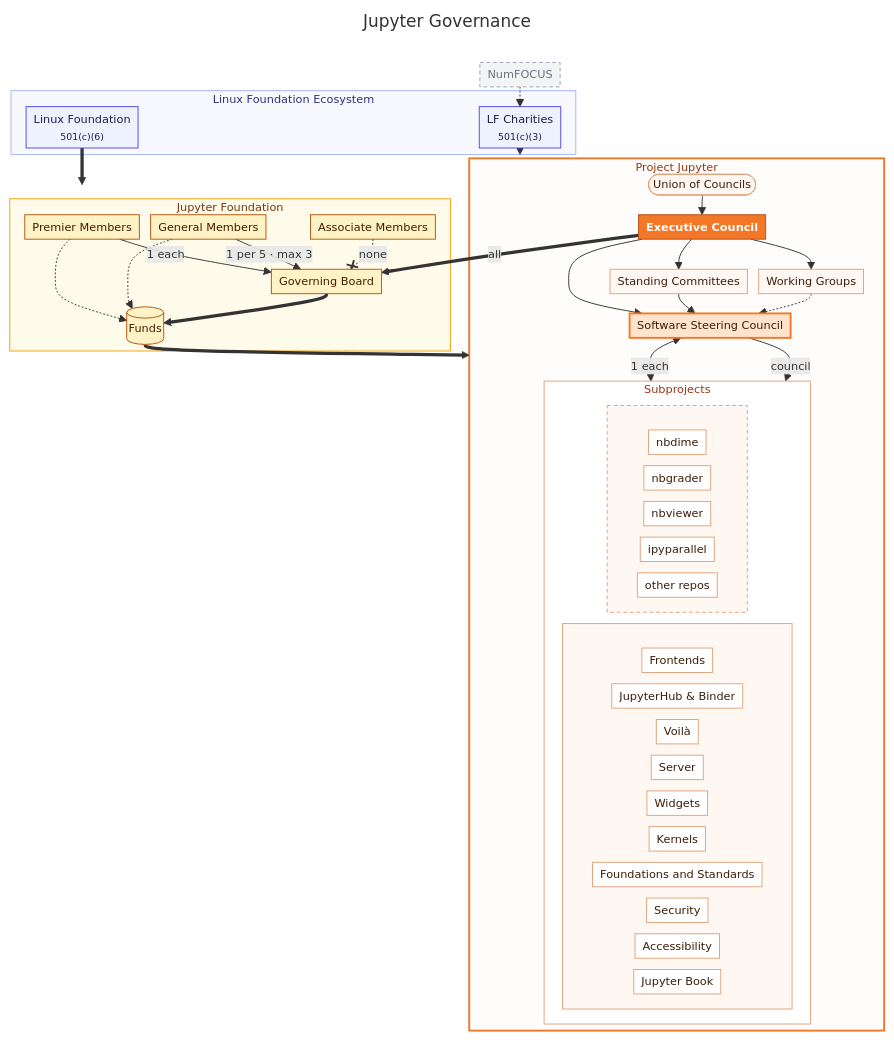
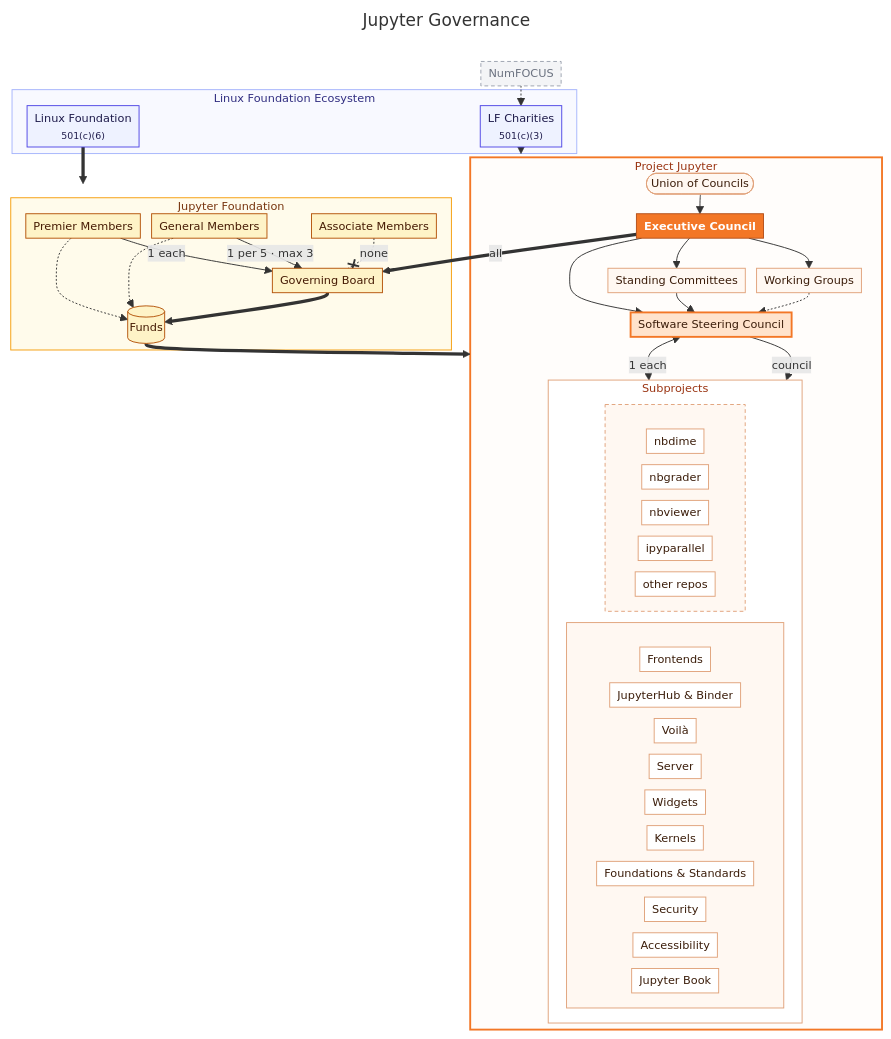
One commit to jupyter/governance changed the diagram in docs/overview.md. Above: the diagram before and after it, drawn with Mermaid.

Commit message:
Collapse and to "&"

```diff
--- a/docs/overview.md
+++ b/docs/overview.md
@@ -55,7 +55,7 @@
         A4["Server"]
         A5["Widgets"]
         A6["Kernels"]
-        A7["Foundations and Standards"]
+        A7["Foundations & Standards"]
         A8["Security"]
         A9["Accessibility"]
         A10["Jupyter Book"]
```
